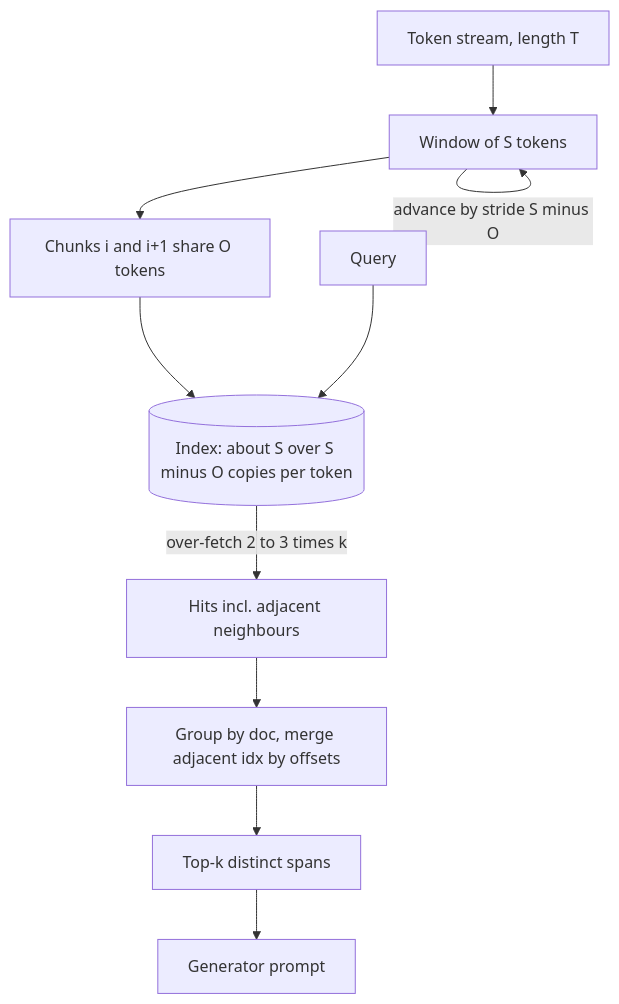
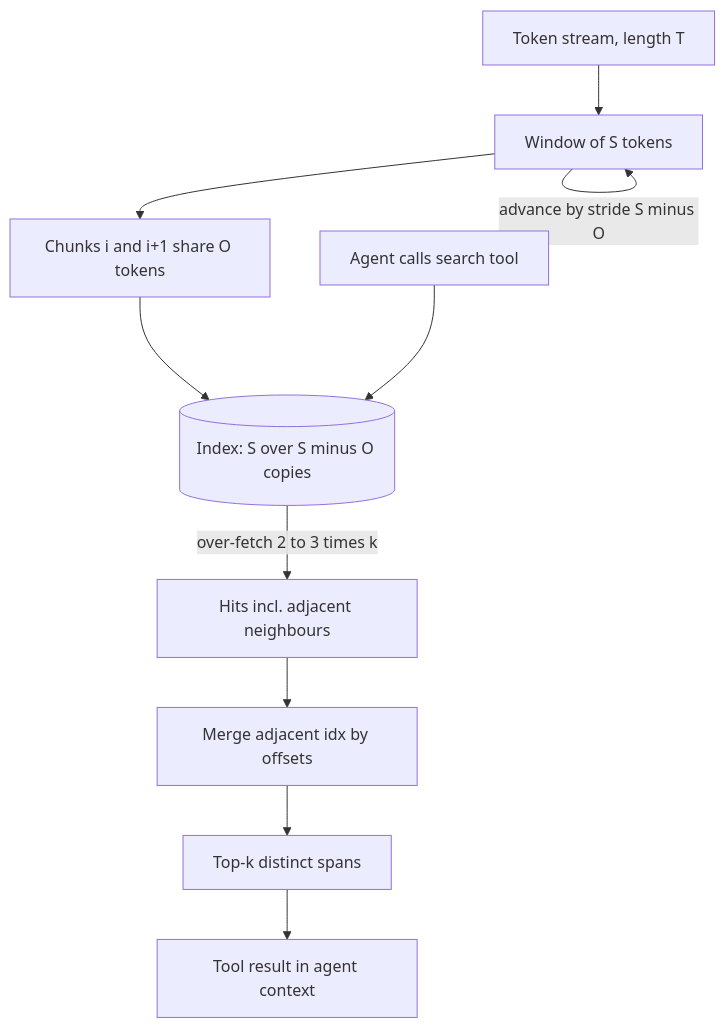
Before and after one commit to lovishmahajan97/agentic-learning: the diagram in content/rag-retrieval/chunk-overlap.md, drawn with Mermaid. The commit also changed other lines of this file and 266 other files, not shown here.

````diff
--- a/content/rag-retrieval/chunk-overlap.md
+++ b/content/rag-retrieval/chunk-overlap.md
@@ -103,12 +117,12 @@
 ```mermaid
 flowchart TD
     T["Token stream, length T"] --> W["Window of S tokens"]
     W -->|"advance by stride S minus O"| W
     W --> C["Chunks i and i+1 share O tokens"]
-    C --> I[("Index: about S over S minus O copies per token")]
-    Q["Query"] --> I
+    C --> I[("Index: S over S minus O copies")]
+    Q["Agent calls search tool"] --> I
     I -->|"over-fetch 2 to 3 times k"| H["Hits incl. adjacent neighbours"]
-    H --> G["Group by doc, merge adjacent idx by offsets"]
+    H --> G["Merge adjacent idx by offsets"]
     G --> K["Top-k distinct spans"]
-    K --> L["Generator prompt"]
+    K --> L["Tool result in agent context"]
 ```
````
